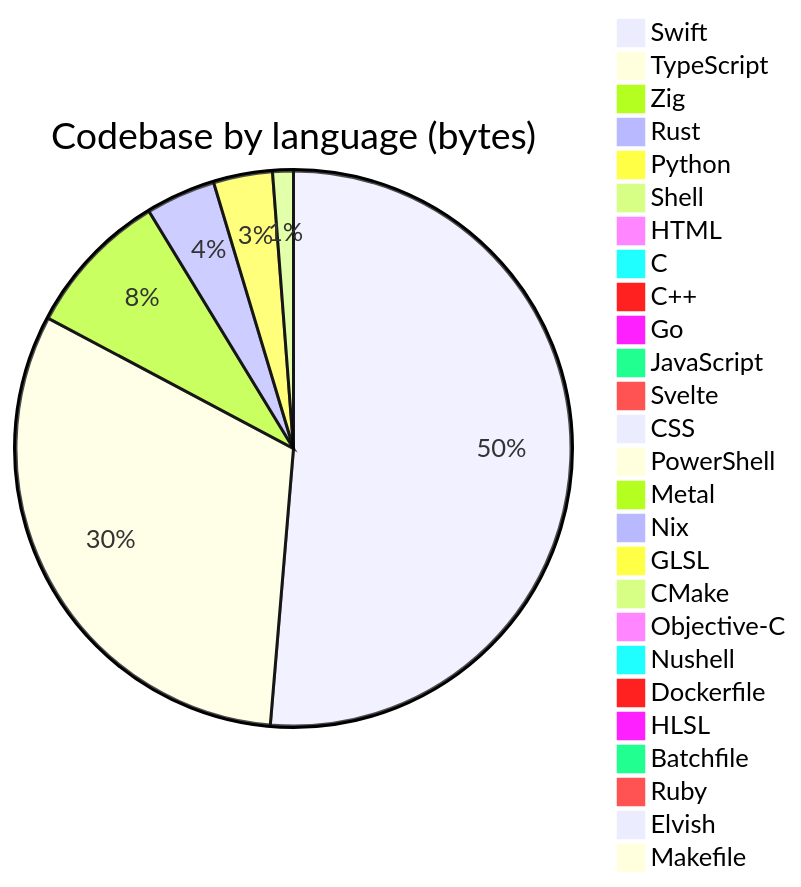
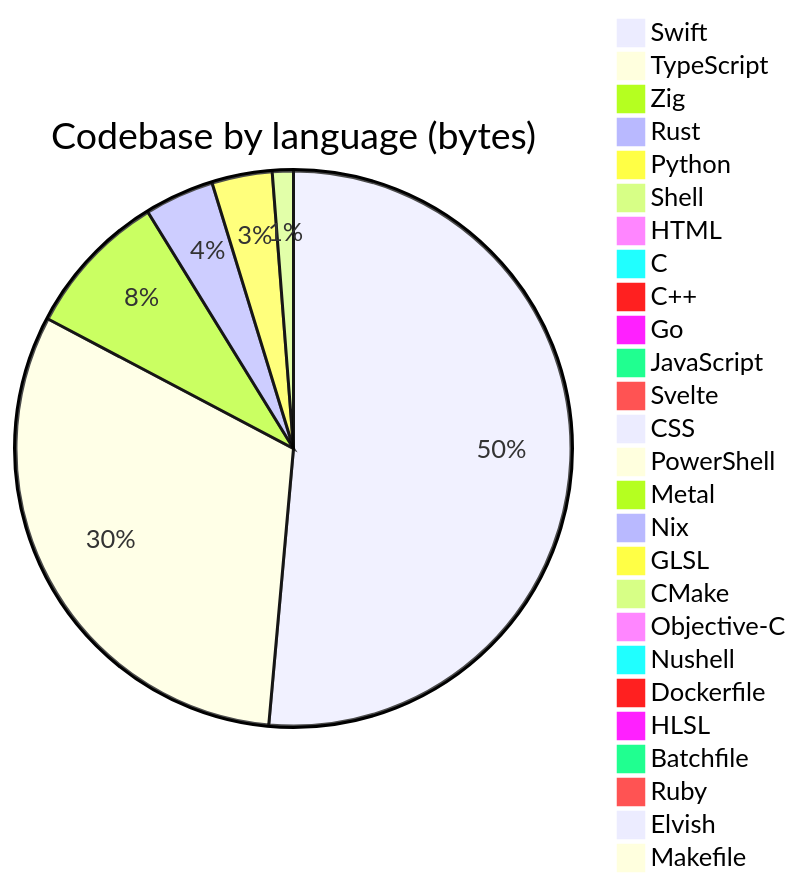
The diagram in profile/README.md (Open330/.github), drawn with Mermaid before and after one commit. The commit also changed other lines of this file, not shown here.

````diff
--- a/profile/README.md
+++ b/profile/README.md
@@ -144,29 +144,29 @@
 ```mermaid
 pie title Codebase by language (bytes)
-    "Swift" : 61250897
+    "Swift" : 61610442
     "TypeScript" : 37509227
     "Zig" : 10170181
     "Rust" : 4852399
-    "Python" : 4098174
-    "Shell" : 1440635
+    "Python" : 4206223
+    "Shell" : 1466197
     "HTML" : 947008
     "C" : 733012
     "C++" : 728032
     "Go" : 572897
     "JavaScript" : 514855
     "Svelte" : 275766
     "CSS" : 258439
     "PowerShell" : 98390
     "Metal" : 58290
     "Nix" : 47837
     "GLSL" : 31433
     "CMake" : 16825
     "Objective-C" : 14285
     "Nushell" : 13719
     "Dockerfile" : 8884
     "HLSL" : 7527
     "Batchfile" : 5660
     "Ruby" : 4165
     "Elvish" : 4137
     "Makefile" : 2038
 ```
````
